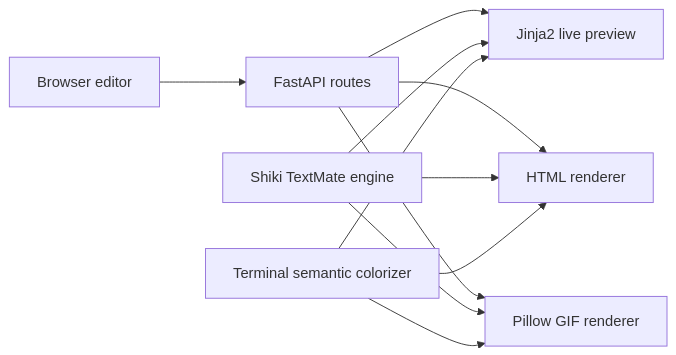
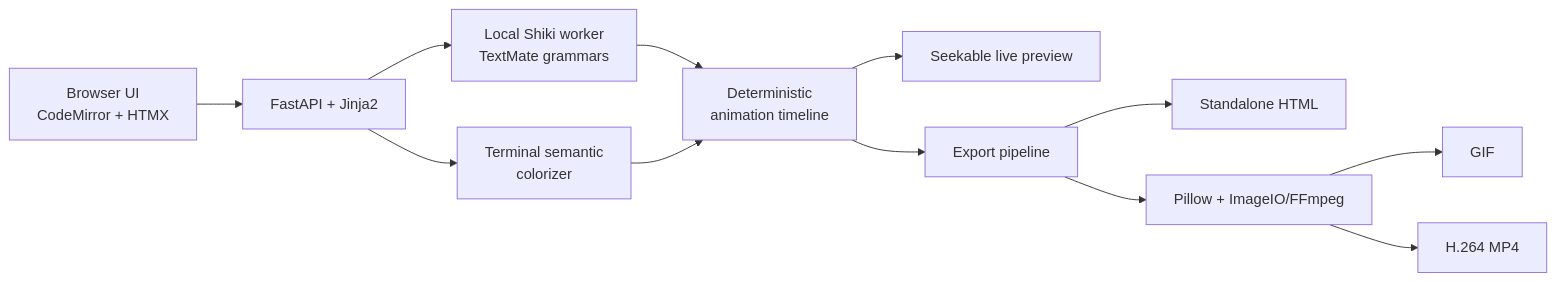
Before and after one commit to BlackCobra29-bit/Code-Typer-Studio: the diagram in README.md, drawn with Mermaid. The commit also changed other lines of this file, not shown here.

````diff
--- a/README.md
+++ b/README.md
@@ -65,13 +224,14 @@
 ```mermaid
 flowchart LR
-    A["Browser editor"] --> B["FastAPI routes"]
-    B --> C["Jinja2 live preview"]
-    B --> D["HTML renderer"]
-    B --> E["Pillow GIF renderer"]
-    F["Shiki TextMate engine"] --> C
-    F --> D
-    F --> E
-    G["Terminal semantic colorizer"] --> C
-    G --> D
-    G --> E
+    UI["Browser UI<br>CodeMirror + HTMX"] --> API["FastAPI + Jinja2"]
+    API --> SHIKI["Local Shiki worker<br>TextMate grammars"]
+    API --> TERM["Terminal semantic<br>colorizer"]
+    SHIKI --> TIME["Deterministic<br>animation timeline"]
+    TERM --> TIME
+    TIME --> PREVIEW["Seekable live preview"]
+    TIME --> EXPORT["Export pipeline"]
+    EXPORT --> HTML["Standalone HTML"]
+    EXPORT --> MEDIA["Pillow + ImageIO/FFmpeg"]
+    MEDIA --> GIF["GIF"]
+    MEDIA --> MP4["H.264 MP4"]
 ```
````
